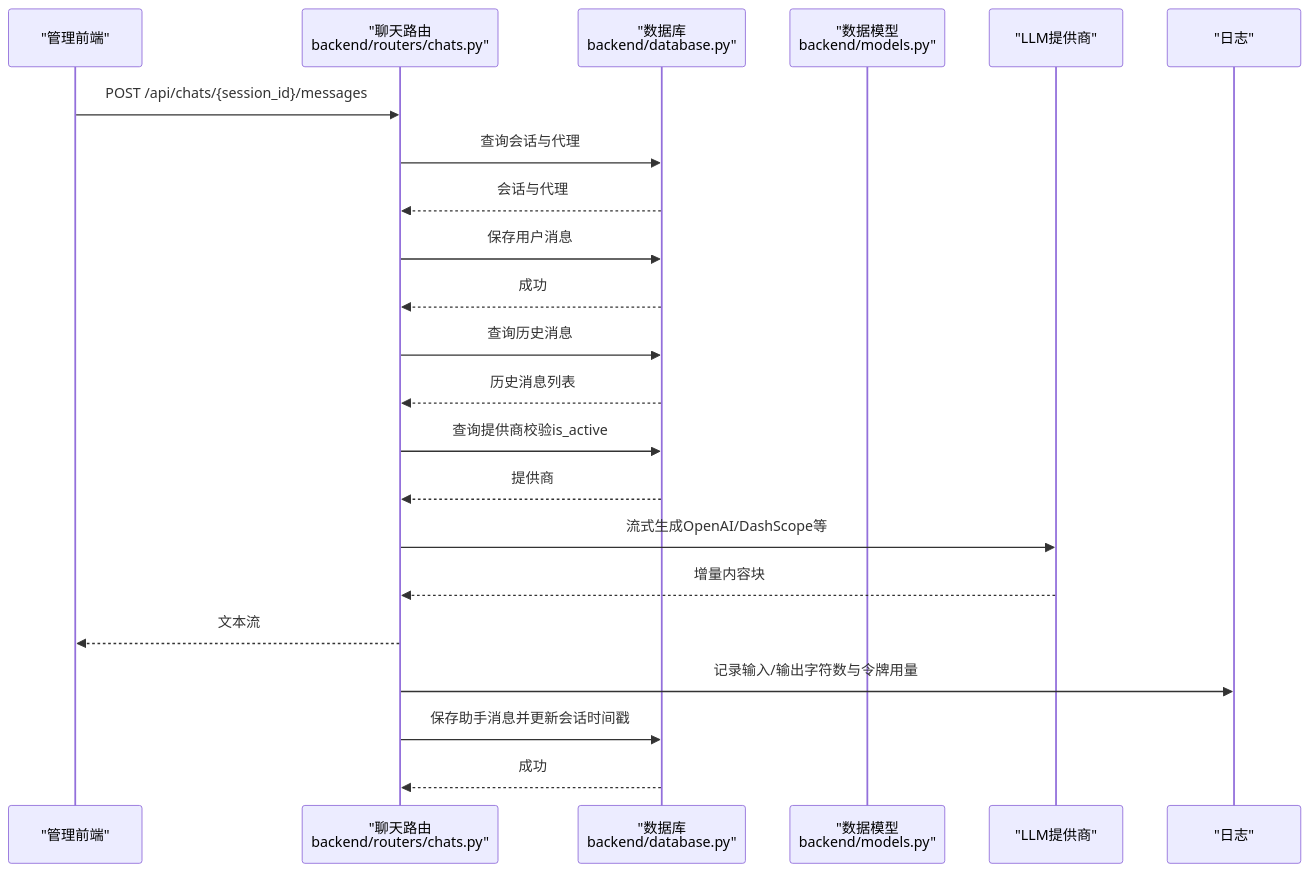
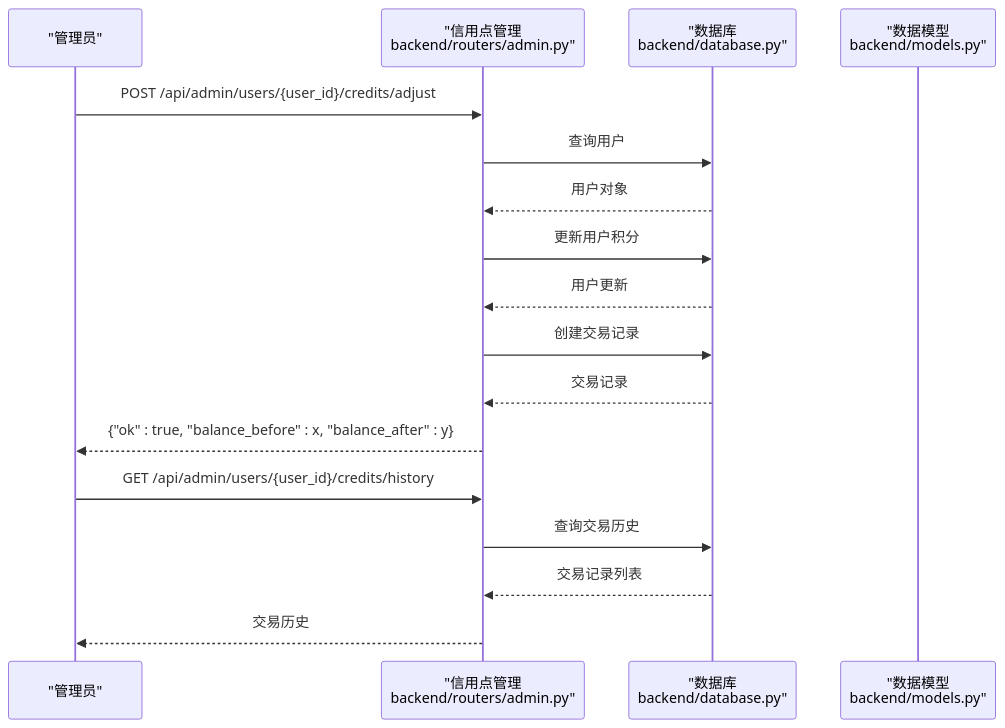
The sixth of 11 diagrams in .qoder/repowiki/zh/content/后台管理系统/后台管理系统.md (KunLabAI/KunFlix), drawn with Mermaid before and after one commit. The commit also changed other lines of this file and 25 other files, not shown here.

````diff
--- a/.qoder/repowiki/zh/content/后台管理系统/后台管理系统.md
+++ b/.qoder/repowiki/zh/content/后台管理系统/后台管理系统.md
@@ -273,24 +359,19 @@
 ```mermaid
 sequenceDiagram
-participant FE as "管理前端"
-participant API as "聊天路由<br/>backend/routers/chats.py"
+participant Admin as "管理员"
+participant API as "信用点管理<br/>backend/routers/admin.py"
 participant DB as "数据库<br/>backend/database.py"
 participant Model as "数据模型<br/>backend/models.py"
-participant Provider as "LLM提供商"
-participant Logger as "日志"
-FE->>API : POST /api/chats/{session_id}/messages
-API->>DB : 查询会话与代理
-DB-->>API : 会话与代理
-API->>DB : 保存用户消息
-DB-->>API : 成功
-API->>DB : 查询历史消息
-DB-->>API : 历史消息列表
-API->>DB : 查询提供商校验is_active
-DB-->>API : 提供商
-API->>Provider : 流式生成OpenAI/DashScope等
-Provider-->>API : 增量内容块
-API-->>FE : 文本流
-API->>Logger : 记录输入/输出字符数与令牌用量
-API->>DB : 保存助手消息并更新会话时间戳
-DB-->>API : 成功
+Admin->>API : POST /api/admin/users/{user_id}/credits/adjust
+API->>DB : 查询用户
+DB-->>API : 用户对象
+API->>DB : 更新用户积分
+DB-->>API : 用户更新
+API->>DB : 创建交易记录
+DB-->>API : 交易记录
+API-->>Admin : {"ok" : true, "balance_before" : x, "balance_after" : y}
+Admin->>API : GET /api/admin/users/{user_id}/credits/history
+API->>DB : 查询交易历史
+DB-->>API : 交易记录列表
+API-->>Admin : 交易历史
 ```
````
